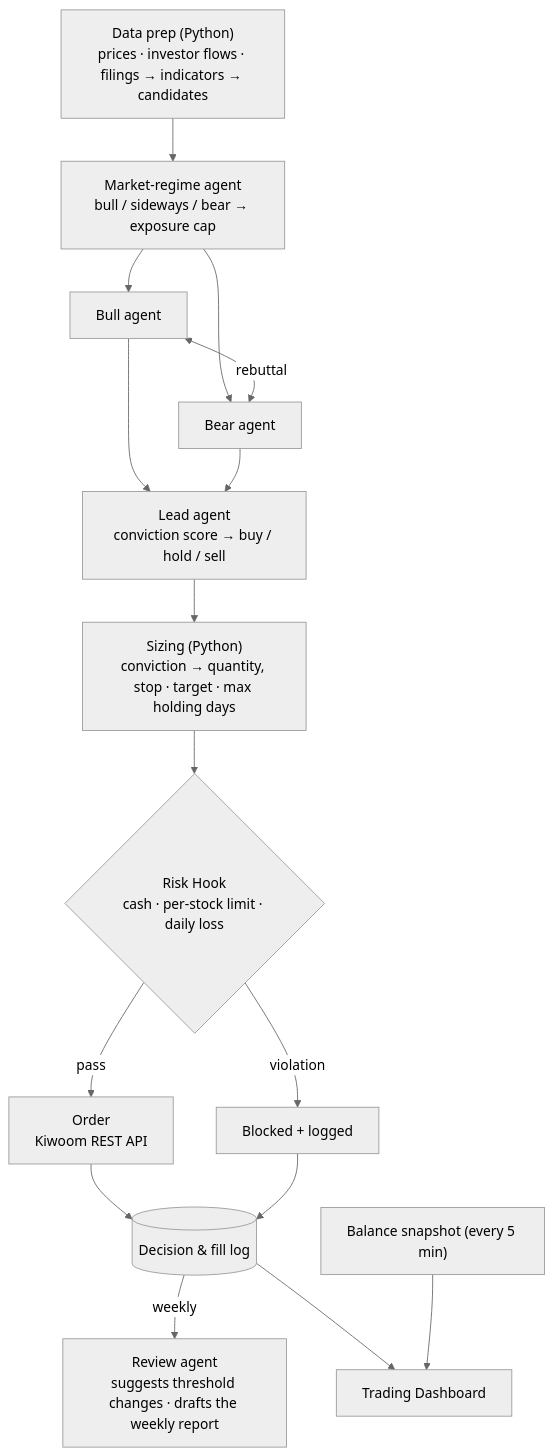
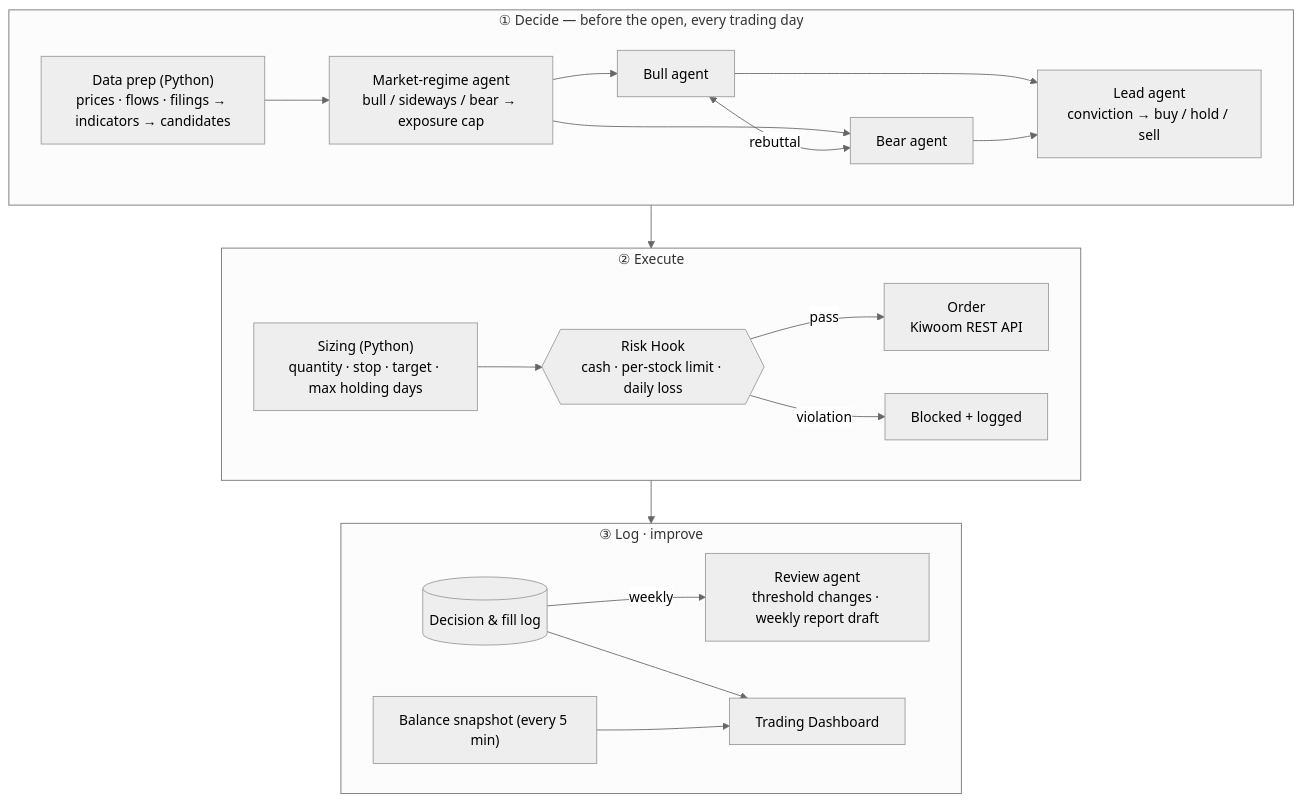
Before and after one commit to isopink/hynix-298f: the diagram in README.md, drawn with Mermaid (neutral theme). The commit also changed 1 other file, not shown here.

Commit message:
README: compact architecture diagram into three stages
Split the tall top-down flowchart into Decide / Execute / Log subgraphs
laid out left-to-right, and use a hexagon for the risk Hook.

````diff
--- a/README.md
+++ b/README.md
@@ -46,18 +46,25 @@
 ```mermaid
-flowchart TD
-    A["Data prep (Python)<br/>prices · investor flows · filings → indicators → candidates"] --> B["Market-regime agent<br/>bull / sideways / bear → exposure cap"]
-    B --> C["Bull agent"]
-    B --> D["Bear agent"]
-    C <-->|rebuttal| D
-    C --> E["Lead agent<br/>conviction score → buy / hold / sell"]
-    D --> E
-    E --> F["Sizing (Python)<br/>conviction → quantity, stop · target · max holding days"]
-    F --> G{"Risk Hook<br/>cash · per-stock limit · daily loss"}
-    G -->|pass| H["Order<br/>Kiwoom REST API"]
-    G -->|violation| X["Blocked + logged"]
-    H --> I[("Decision & fill log")]
-    X --> I
-    I -->|weekly| J["Review agent<br/>suggests threshold changes · drafts the weekly report"]
-    I --> K["Trading Dashboard"]
-    L["Balance snapshot (every 5 min)"] --> K
+flowchart TB
+    subgraph P1["① Decide — before the open, every trading day"]
+        direction LR
+        A["Data prep (Python)<br/>prices · flows · filings → indicators → candidates"] --> B["Market-regime agent<br/>bull / sideways / bear → exposure cap"]
+        B --> C["Bull agent"]
+        B --> D["Bear agent"]
+        C <-->|rebuttal| D
+        C --> E["Lead agent<br/>conviction → buy / hold / sell"]
+        D --> E
+    end
+    subgraph P2["② Execute"]
+        direction LR
+        F["Sizing (Python)<br/>quantity · stop · target · max holding days"] --> G{{"Risk Hook<br/>cash · per-stock limit · daily loss"}}
+        G -->|pass| H["Order<br/>Kiwoom REST API"]
+        G -->|violation| X["Blocked + logged"]
+    end
+    subgraph P3["③ Log · improve"]
+        direction LR
+        I[("Decision & fill log")] -->|weekly| J["Review agent<br/>threshold changes · weekly report draft"]
+        I --> K["Trading Dashboard"]
+        L["Balance snapshot (every 5 min)"] --> K
+    end
+    P1 --> P2 --> P3
 ```
````
